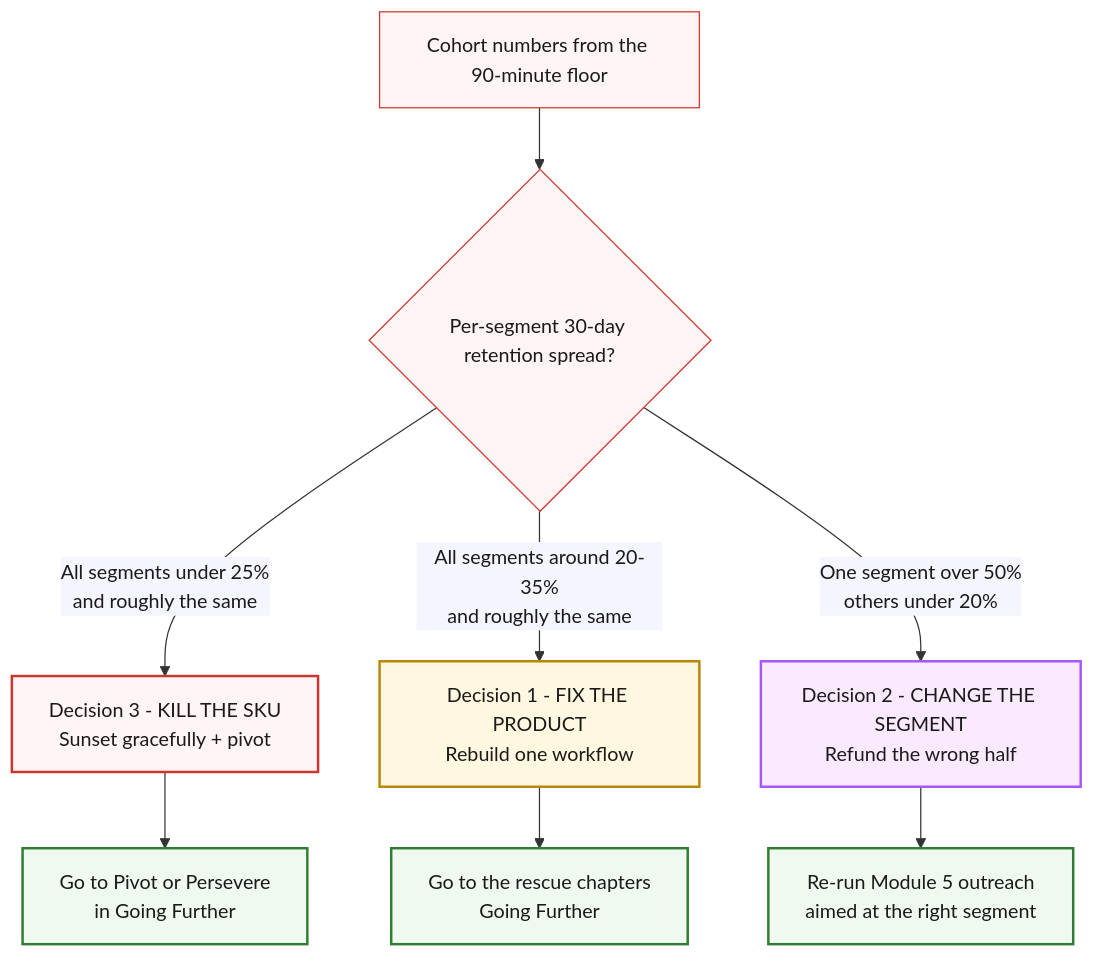
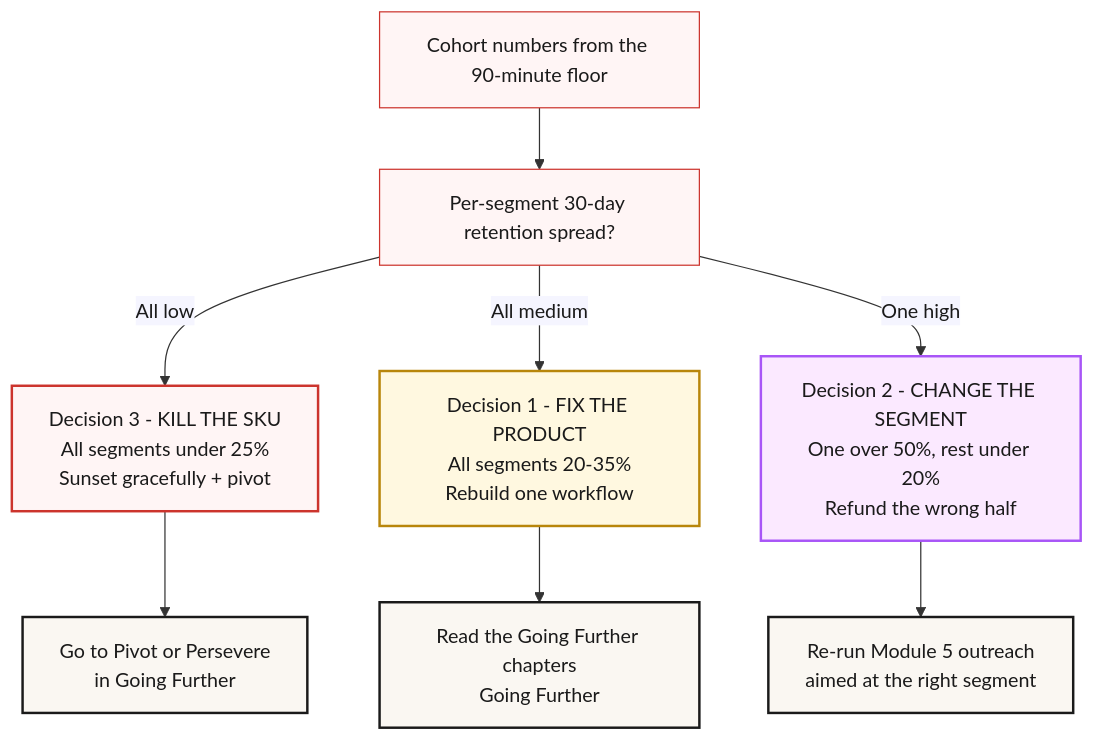
Before and after one commit to jetthoughts/jetthoughts.github.io: the diagram in content/course/tech-for-non-technical-founders-2026/customers-leaving-churn-triage-not-acquisition/index.md, drawn with Mermaid. The commit also changed other lines of this file and 183 other files, not shown here.

````diff
--- a/content/course/tech-for-non-technical-founders-2026/customers-leaving-churn-triage-not-acquisition/index.md
+++ b/content/course/tech-for-non-technical-founders-2026/customers-leaving-churn-triage-not-acquisition/index.md
@@ -112,20 +114,20 @@
 ```mermaid
-%%{init: {'theme':'base', 'themeVariables': {'fontFamily':'Caveat, Patrick Hand, cursive', 'primaryColor':'#fff5f5', 'primaryBorderColor':'#cc342d', 'lineColor':'#333', 'primaryTextColor':'#1a1a1a'}}}%%
+%%{init: {'theme':'base', 'themeVariables': {'fontFamily':'Caveat, Patrick Hand, Comic Sans MS, cursive', 'primaryColor':'#fff5f5', 'primaryBorderColor':'#cc342d', 'lineColor':'#333', 'primaryTextColor':'#1a1a1a'}}}%%
 flowchart TD
-    A[Cohort numbers from the 90-minute floor] --> B{Per-segment 30-day retention spread?}
-    B -->|All segments under 25%<br/>and roughly the same| C[Decision 3 - KILL THE SKU<br/>Sunset gracefully + pivot]
-    B -->|All segments around 20-35%<br/>and roughly the same| D[Decision 1 - FIX THE PRODUCT<br/>Rebuild one workflow]
-    B -->|One segment over 50%<br/>others under 20%| E[Decision 2 - CHANGE THE SEGMENT<br/>Refund the wrong half]
+    A[Cohort numbers from the 90-minute floor] --> B[Per-segment 30-day retention spread?]
+    B -->|All low| C[Decision 3 - KILL THE SKU<br/>All segments under 25%<br/>Sunset gracefully + pivot]
+    B -->|All medium| D[Decision 1 - FIX THE PRODUCT<br/>All segments 20-35%<br/>Rebuild one workflow]
+    B -->|One high| E[Decision 2 - CHANGE THE SEGMENT<br/>One over 50%, rest under 20%<br/>Refund the wrong half]
     C --> CK[Go to Pivot or Persevere<br/>in Going Further]
-    D --> DK[Go to the rescue chapters<br/>Going Further]
+    D --> DK[Read the Going Further chapters<br/>Going Further]
     E --> EK[Re-run Module 5 outreach<br/>aimed at the right segment]
 
     classDef redbox fill:#fff5f5,stroke:#cc342d,stroke-width:2px;
     classDef yellowbox fill:#fff8e0,stroke:#b8860b,stroke-width:2px;
     classDef purplebox fill:#fbe9ff,stroke:#a855f7,stroke-width:2px;
-    classDef greenbox fill:#f0f9f0,stroke:#2e7d32,stroke-width:2px;
+    classDef navbox fill:#faf7f2,stroke:#1a1a1a,stroke-width:2px;
     class C redbox
     class D yellowbox
     class E purplebox
-    class CK,DK,EK greenbox
+    class CK,DK,EK navbox
 ```
````
